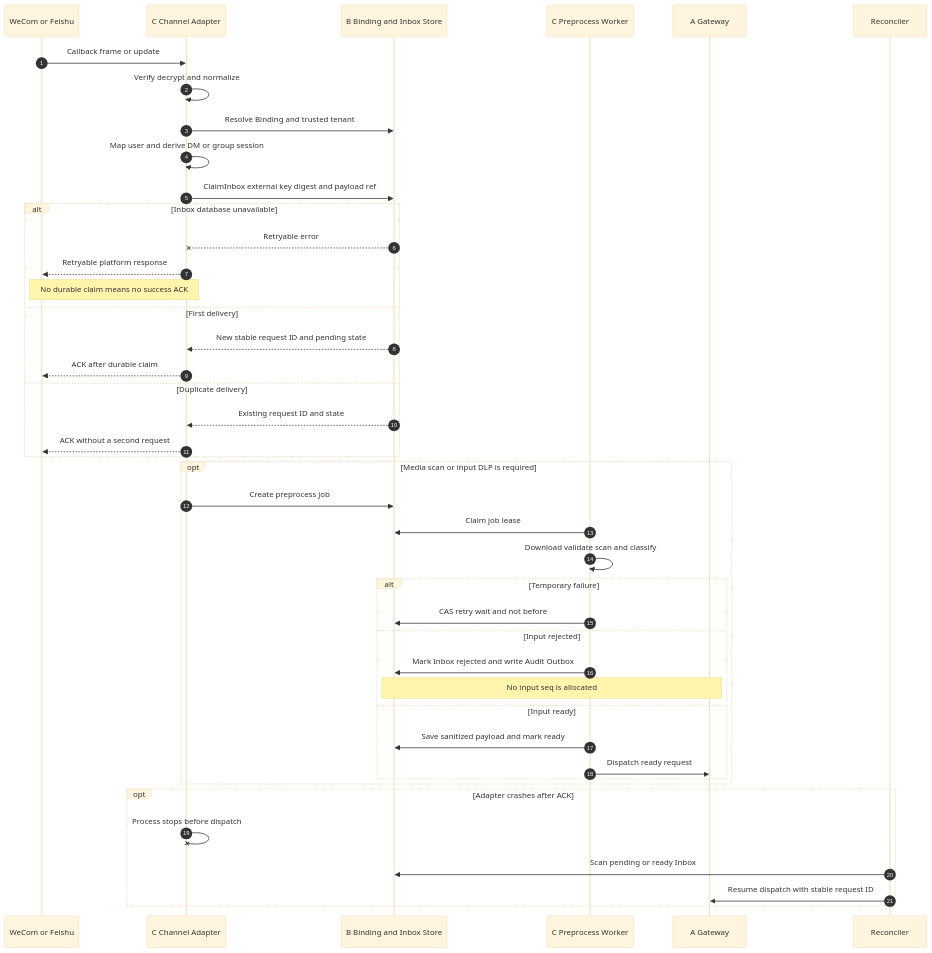
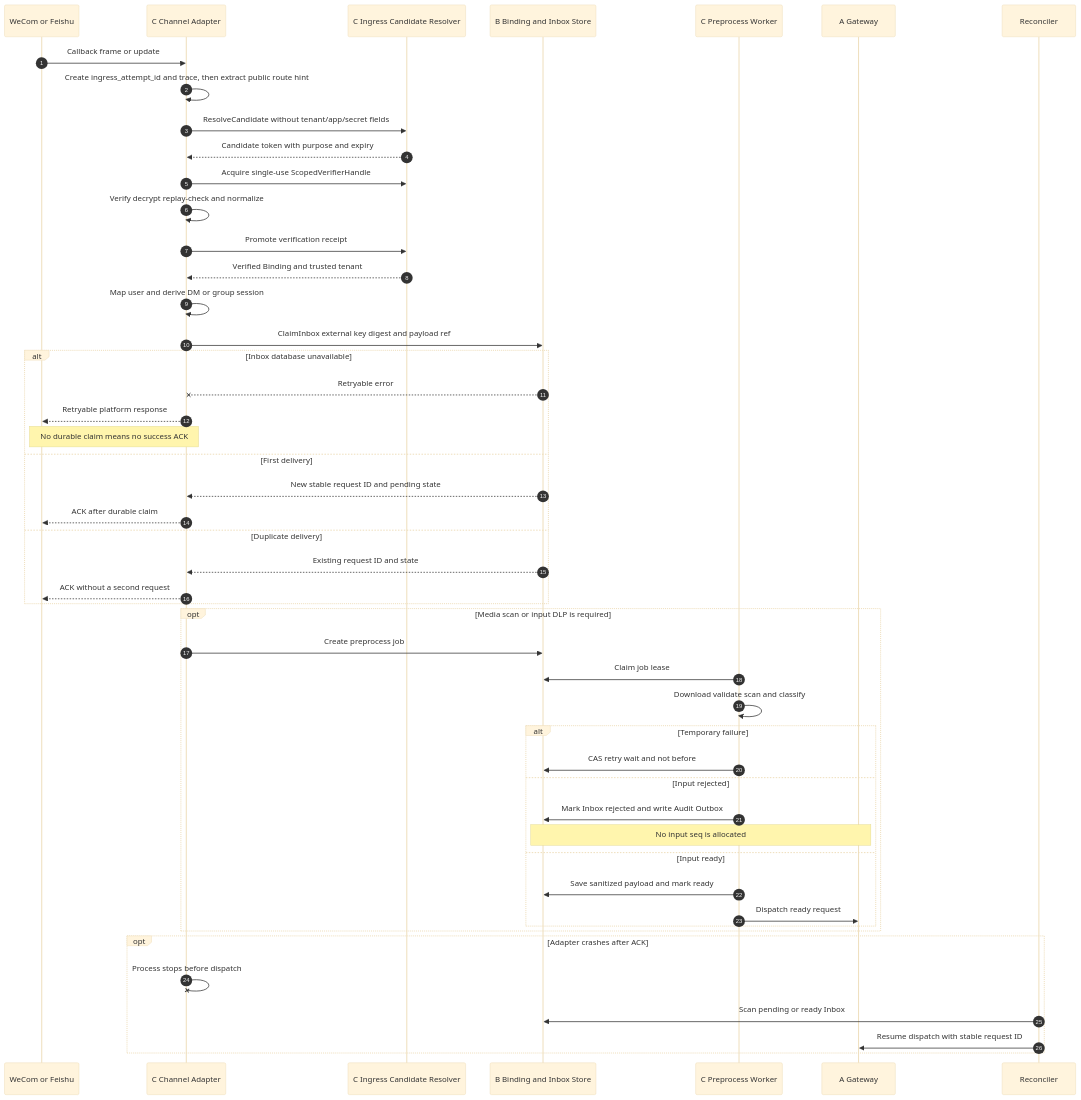
The third of 8 diagrams in docs/design/0.architecture.md (everfid-ever/trpc-agent-service), drawn with Mermaid (base theme) before and after one commit. The commit also changed other lines of this file and 8 other files, not shown here.

````diff
--- a/docs/design/0.architecture.md
+++ b/docs/design/0.architecture.md
@@ -391,46 +401,52 @@
 ```mermaid
 sequenceDiagram
   autonumber
   participant IM as WeCom or Feishu
   participant C as C Channel Adapter
+  participant I as C Ingress Candidate Resolver
   participant B as B Binding and Inbox Store
   participant P as C Preprocess Worker
   participant G as A Gateway
   participant RC as Reconciler
 
   IM->>C: Callback frame or update
-  C->>C: Verify decrypt and normalize
-  C->>B: Resolve Binding and trusted tenant
+  C->>C: Create ingress_attempt_id and trace, then extract public route hint
+  C->>I: ResolveCandidate without tenant/app/secret fields
+  I-->>C: Candidate token with purpose and expiry
+  C->>I: Acquire single-use ScopedVerifierHandle
+  C->>C: Verify decrypt replay-check and normalize
+  C->>I: Promote verification receipt
+  I-->>C: Verified Binding and trusted tenant
   C->>C: Map user and derive DM or group session
   C->>B: ClaimInbox external key digest and payload ref
   alt Inbox database unavailable
     B--xC: Retryable error
     C-->>IM: Retryable platform response
     Note over C,IM: No durable claim means no success ACK
   else First delivery
     B-->>C: New stable request ID and pending state
     C-->>IM: ACK after durable claim
   else Duplicate delivery
     B-->>C: Existing request ID and state
     C-->>IM: ACK without a second request
   end
   opt Media scan or input DLP is required
     C->>B: Create preprocess job
     P->>B: Claim job lease
     P->>P: Download validate scan and classify
     alt Temporary failure
       P->>B: CAS retry wait and not before
     else Input rejected
       P->>B: Mark Inbox rejected and write Audit Outbox
       Note over B,G: No input seq is allocated
     else Input ready
       P->>B: Save sanitized payload and mark ready
       P->>G: Dispatch ready request
     end
   end
   opt Adapter crashes after ACK
     C-xC: Process stops before dispatch
     RC->>B: Scan pending or ready Inbox
     RC->>G: Resume dispatch with stable request ID
   end
 ```
````
